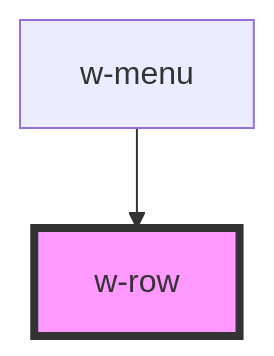
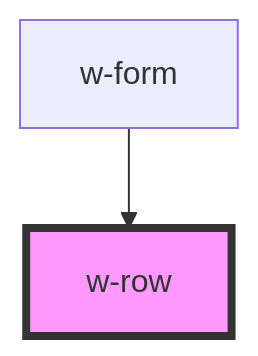
Before and after one commit to theUrbans/uniform: the diagram in src/components/w-row/readme.md, drawn with Mermaid. The commit also changed other lines of this file and 10 other files, not shown here.

````diff
--- a/src/components/w-row/readme.md
+++ b/src/components/w-row/readme.md
@@ -26,5 +26,5 @@
 ```mermaid
 graph TD;
-  w-menu --> w-row
+  w-form --> w-row
   style w-row fill:#f9f,stroke:#333,stroke-width:4px
 ```
````
